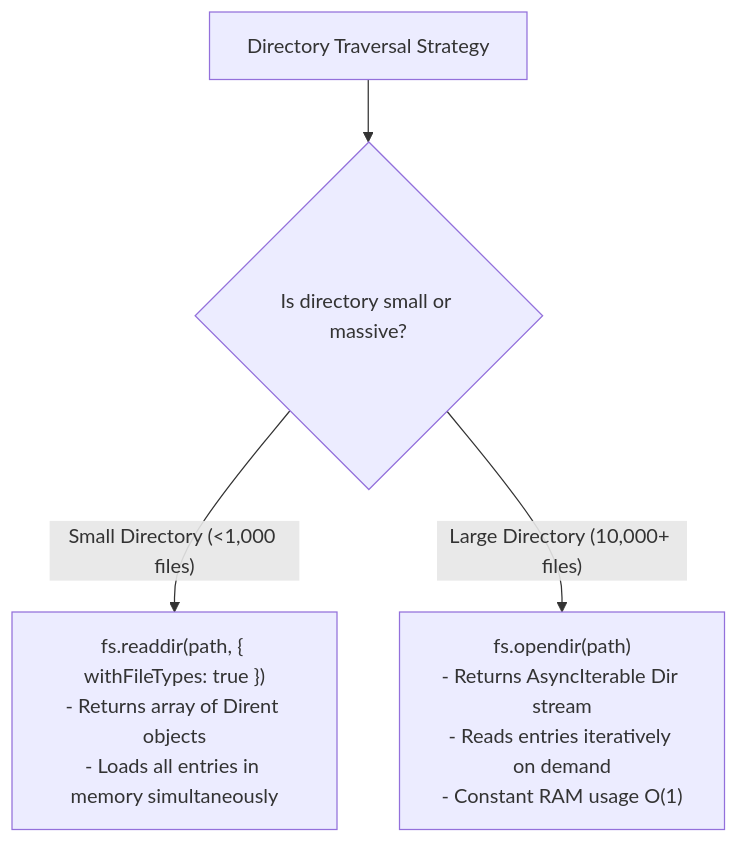
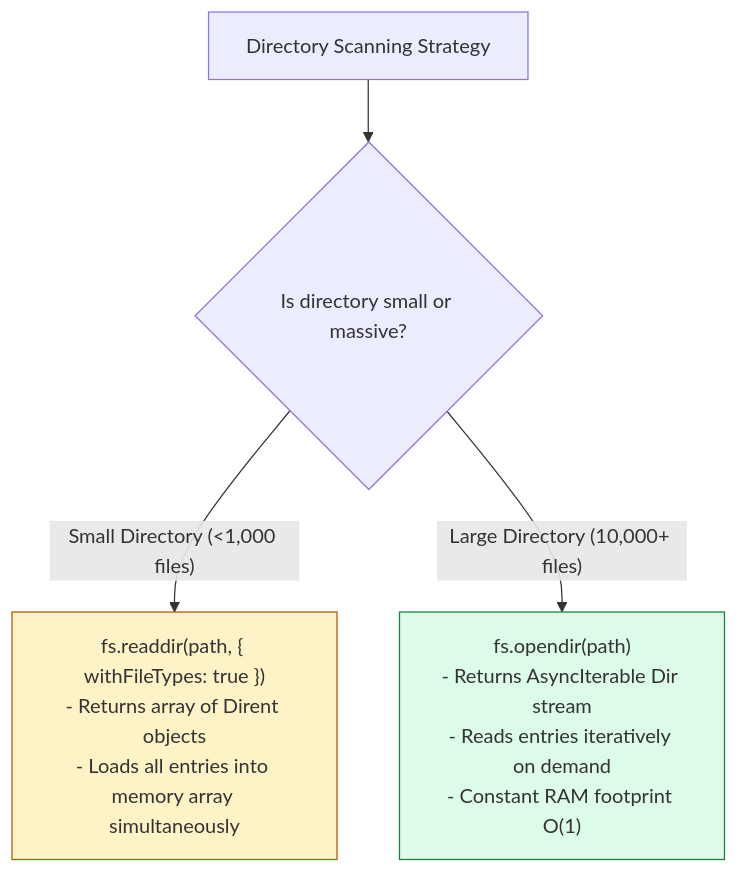
The second of 2 diagrams in nodejs-notes/08-fs-advanced.md (Amie-dev/engineering-playbook), drawn with Mermaid before and after one commit. The commit also changed other lines of this file and 31 other files, not shown here.

````diff
--- a/nodejs-notes/08-fs-advanced.md
+++ b/nodejs-notes/08-fs-advanced.md
@@ -53,8 +62,11 @@
 ```mermaid
 flowchart TD
-    DirScan[Directory Traversal Strategy] --> ScaleCheck{Is directory small or massive?}
+    DirScan[Directory Scanning Strategy] --> ScaleCheck{Is directory small or massive?}
     
-    ScaleCheck -- Small Directory (<1,000 files) --> Readdir["fs.readdir(path, { withFileTypes: true })<br/>- Returns array of Dirent objects<br/>- Loads all entries in memory simultaneously"]
+    ScaleCheck -- "Small Directory (<1,000 files)" --> Readdir["fs.readdir(path, { withFileTypes: true })<br/>- Returns array of Dirent objects<br/>- Loads all entries into memory array simultaneously"]
 
-    ScaleCheck -- Large Directory (10,000+ files) --> Opendir["fs.opendir(path)<br/>- Returns AsyncIterable Dir stream<br/>- Reads entries iteratively on demand<br/>- Constant RAM usage O(1)"]
+    ScaleCheck -- "Large Directory (10,000+ files)" --> Opendir["fs.opendir(path)<br/>- Returns AsyncIterable Dir stream<br/>- Reads entries iteratively on demand<br/>- Constant RAM footprint O(1)"]
+
+    style Opendir fill:#dcfce7,stroke:#15803d
+    style Readdir fill:#fef3c7,stroke:#b45309
 ```
````
